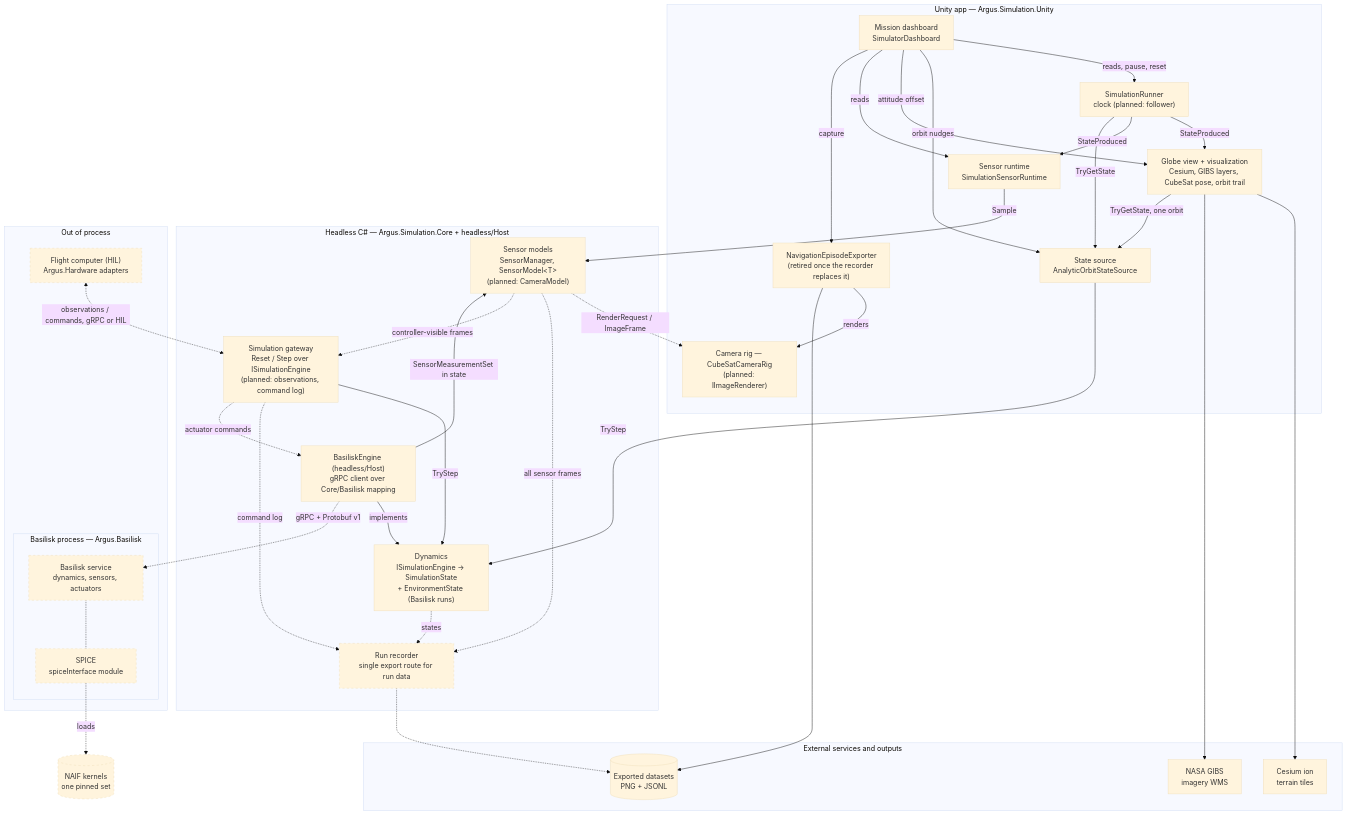
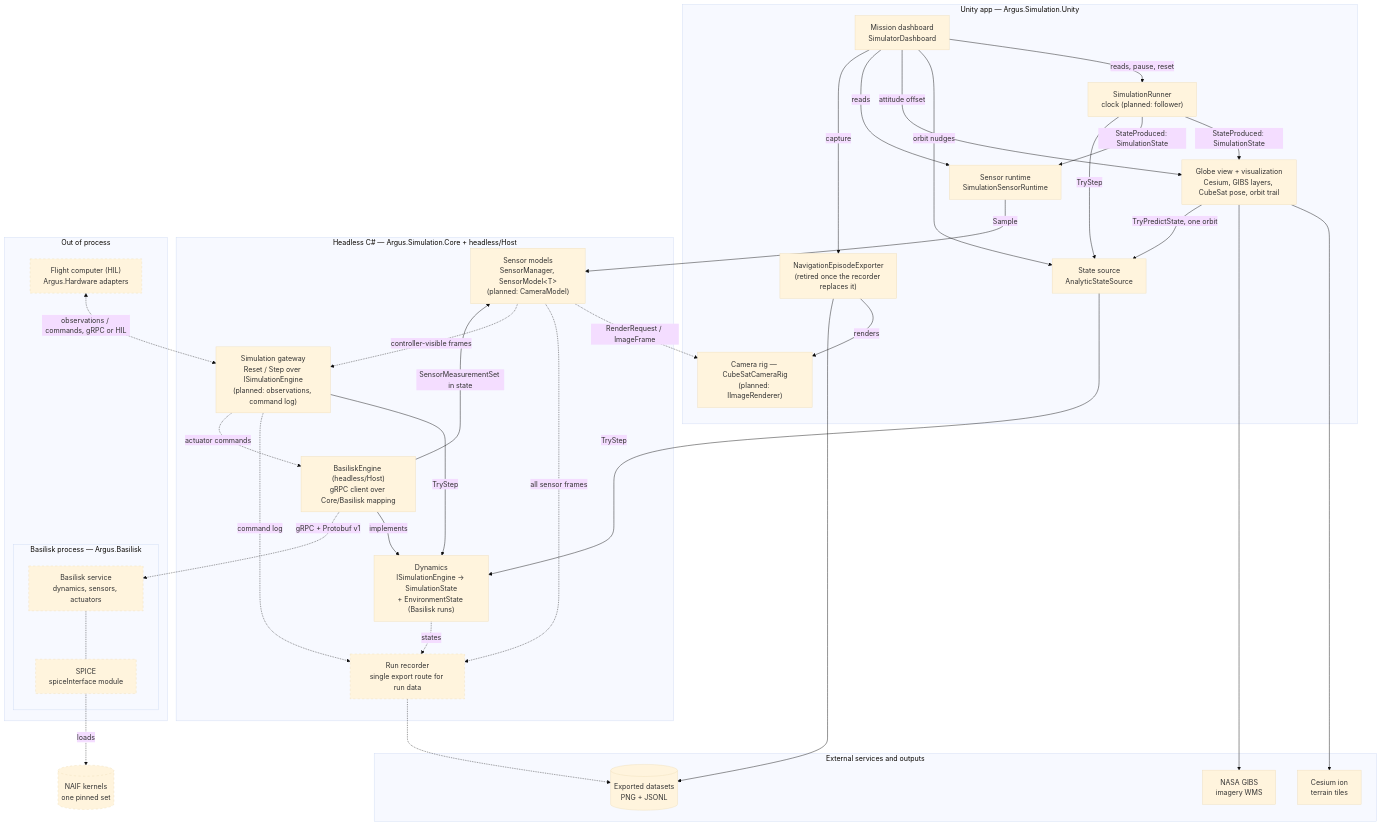
The first of 2 diagrams in docs/target-architecture.md (cmu-argus-2/argus_simulation), drawn with Mermaid (base theme) before and after one commit. The commit also changed other lines of this file and 26 other files, not shown here.

First line of the commit message:
refactor(unity): deliver whole SimulationStates to Unity through ISimulationStateSource

````diff
--- a/docs/target-architecture.md
+++ b/docs/target-architecture.md
@@ -20,70 +20,70 @@
 ```mermaid
 flowchart TB
     subgraph EXT["External services and outputs"]
         ion["Cesium ion<br/>terrain tiles"]
         gibs["NASA GIBS<br/>imagery WMS"]
         data[("Exported datasets<br/>PNG + JSONL")]
     end
 
     subgraph UNITY["Unity app — Argus.Simulation.Unity"]
         globe["Globe view + visualization<br/>Cesium, GIBS layers, CubeSat pose, orbit trail"]
         camr["Camera rig — CubeSatCameraRig<br/>(planned: IImageRenderer)"]
         runner["SimulationRunner<br/>clock (planned: follower)"]
-        src["State source<br/>AnalyticOrbitStateSource"]
+        src["State source<br/>AnalyticStateSource"]
         sens["Sensor runtime<br/>SimulationSensorRuntime"]
         dash["Mission dashboard<br/>SimulatorDashboard"]
         exporter["NavigationEpisodeExporter<br/>(retired once the recorder replaces it)"]
     end
 
     subgraph CORE["Headless C# — Argus.Simulation.Core + headless/Host"]
         dyn["Dynamics<br/>ISimulationEngine → SimulationState<br/>+ EnvironmentState (Basilisk runs)"]
         smod["Sensor models<br/>SensorManager, SensorModel&lt;T&gt;<br/>(planned: CameraModel)"]
         gate["Simulation gateway<br/>Reset / Step over ISimulationEngine<br/>(planned: observations, command log)"]
         beng["BasiliskEngine (headless/Host)<br/>gRPC client over Core/Basilisk mapping"]
         rec["Run recorder<br/>single export route for run data"]
     end
 
     subgraph OOP["Out of process"]
         subgraph BSKP["Basilisk process — Argus.Basilisk"]
             bsk["Basilisk service<br/>dynamics, sensors, actuators"]
             spice["SPICE<br/>spiceInterface module"]
         end
         agents["Flight computer (HIL)<br/>Argus.Hardware adapters"]
     end
 
     naif[("NAIF kernels<br/>one pinned set")]
 
     globe --> ion
     globe --> gibs
-    runner -->|StateProduced| globe
-    runner -->|StateProduced| sens
-    runner -->|TryGetState| src
-    globe -->|TryGetState, one orbit| src
+    runner -->|StateProduced: SimulationState| globe
+    runner -->|StateProduced: SimulationState| sens
+    runner -->|TryStep| src
+    globe -->|TryPredictState, one orbit| src
     dash -->|reads, pause, reset| runner
     dash -->|orbit nudges| src
     dash -->|attitude offset| globe
     dash -->|reads| sens
     dash -->|capture| exporter
     src -->|TryStep| dyn
     sens -->|Sample| smod
     gate -->|TryStep| dyn
     exporter -->|renders| camr
     exporter --> data
 
     smod -.->|RenderRequest / ImageFrame| camr
     beng -->|implements| dyn
     beng -->|SensorMeasurementSet in state| smod
     beng -.->|gRPC + Protobuf v1| bsk
     bsk -.- spice
     spice -.->|loads| naif
     dyn -.->|states| rec
     smod -.->|all sensor frames| rec
     smod -.->|controller-visible frames| gate
     gate -.->|command log| rec
     gate -.->|actuator commands| beng
     agents <-.->|observations / commands, gRPC or HIL| gate
     rec -.-> data
 
     classDef planned stroke-dasharray: 5 5
     class rec,bsk,spice,agents,naif planned
 ```
````
